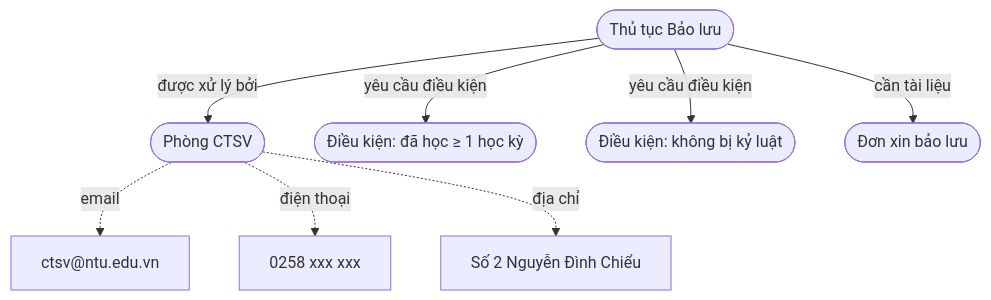
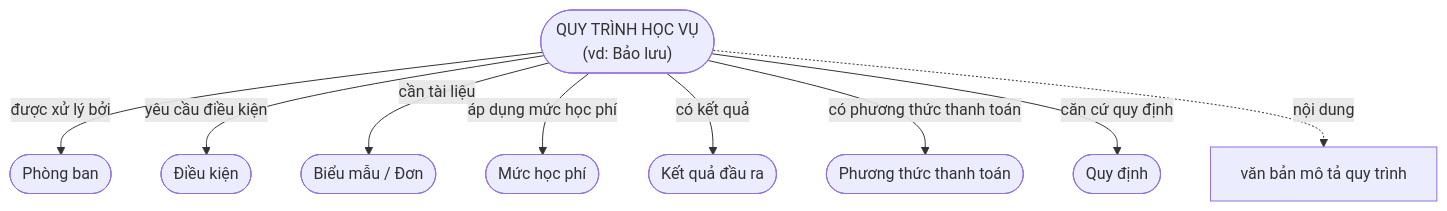
The second of 10 diagrams in docs/CONCEPT.md (vpthinh19/ontology-chatbot), drawn with Mermaid before and after one commit. The commit also changed other lines of this file, not shown here.

````diff
--- a/docs/CONCEPT.md
+++ b/docs/CONCEPT.md
@@ -67,17 +66,12 @@
 ```mermaid
 flowchart TD
-    BL(["Thủ tục Bảo lưu"])
-    CTSV(["Phòng CTSV"])
-    DK1(["Điều kiện: đã học ≥ 1 học kỳ"])
-    DK2(["Điều kiện: không bị kỷ luật"])
-    DON(["Đơn xin bảo lưu"])
-
-    BL -->|được xử lý bởi| CTSV
-    BL -->|yêu cầu điều kiện| DK1
-    BL -->|yêu cầu điều kiện| DK2
-    BL -->|cần tài liệu| DON
-
-    CTSV -.->|email| EM["ctsv@ntu.edu.vn"]
-    CTSV -.->|điện thoại| SDT["0258 xxx xxx"]
-    CTSV -.->|địa chỉ| DC["Số 2 Nguyễn Đình Chiểu"]
+    P(["QUY TRÌNH HỌC VỤ<br/>(vd: Bảo lưu)"])
+    P -->|được xử lý bởi| D(["Phòng ban"])
+    P -->|yêu cầu điều kiện| C(["Điều kiện"])
+    P -->|cần tài liệu| F(["Biểu mẫu / Đơn"])
+    P -->|áp dụng mức học phí| FEE(["Mức học phí"])
+    P -->|có kết quả| R(["Kết quả đầu ra"])
+    P -->|có phương thức thanh toán| PAY(["Phương thức thanh toán"])
+    P -->|căn cứ quy định| REG(["Quy định"])
+    P -.->|nội dung| N["văn bản mô tả quy trình"]
 ```
````
